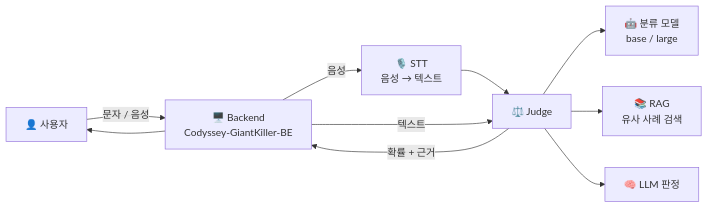
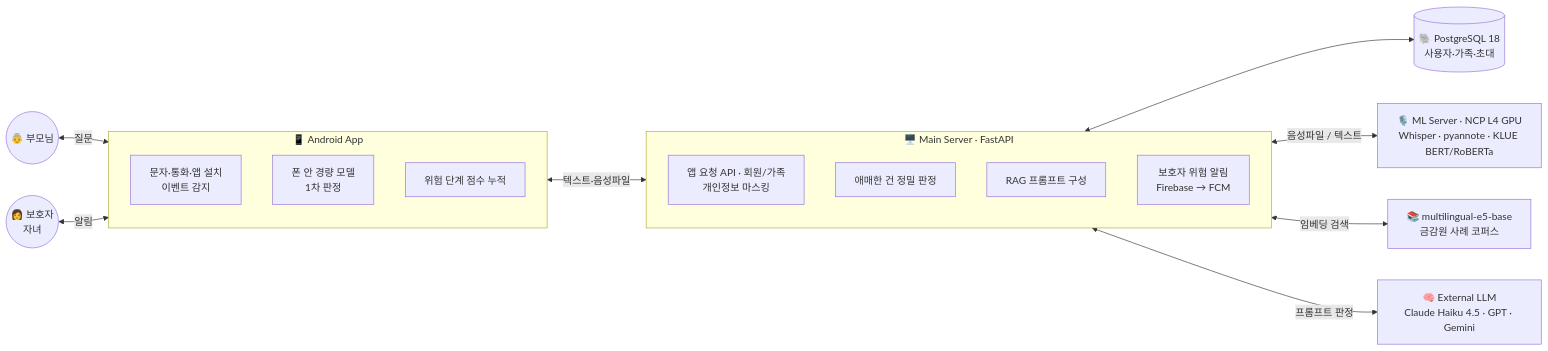
The diagram in README.md (jha21vvv/26codyssey_hackerton), drawn with Mermaid before and after one commit. The commit also changed other lines of this file, not shown here.

````diff
--- a/README.md
+++ b/README.md
@@ -36,12 +97,25 @@
 ```mermaid
 flowchart LR
-    U[👤 사용자] -->|문자 / 음성| BE[🖥️ Backend<br/>Codyssey-GiantKiller-BE]
-    BE -->|음성| STT[🎙️ STT<br/>음성 → 텍스트]
-    STT --> J
-    BE -->|텍스트| J[⚖️ Judge]
-    J --> M[🤖 분류 모델<br/>base / large]
-    J --> R[📚 RAG<br/>유사 사례 검색]
-    J --> L[🧠 LLM 판정]
-    J -->|확률 + 근거| BE
-    BE --> U
+    P((👵 부모님)) <-->|질문| APP
+    G((👩 보호자<br/>자녀)) <-->|알림| APP
+
+    subgraph APP[📱 Android App]
+        A1[문자·통화·앱 설치<br/>이벤트 감지]
+        A2[폰 안 경량 모델<br/>1차 판정]
+        A3[위험 단계 점수 누적]
+    end
+
+    APP <-->|텍스트·음성파일| WAS
+
+    subgraph WAS[🖥️ Main Server · FastAPI]
+        W1[앱 요청 API · 회원/가족<br/>개인정보 마스킹]
+        W2[애매한 건 정밀 판정]
+        W3[RAG 프롬프트 구성]
+        W4[보호자 위험 알림<br/>Firebase → FCM]
+    end
+
+    WAS <--> DB[(🐘 PostgreSQL 18<br/>사용자·가족·초대)]
+    WAS <-->|음성파일 / 텍스트| ML[🎙️ ML Server · NCP L4 GPU<br/>Whisper · pyannote · KLUE BERT/RoBERTa]
+    WAS <-->|임베딩 검색| RAG[📚 multilingual-e5-base<br/>금감원 사례 코퍼스]
+    WAS <-->|프롬프트 판정| LLM[🧠 External LLM<br/>Claude Haiku 4.5 · GPT · Gemini]
 ```
````
